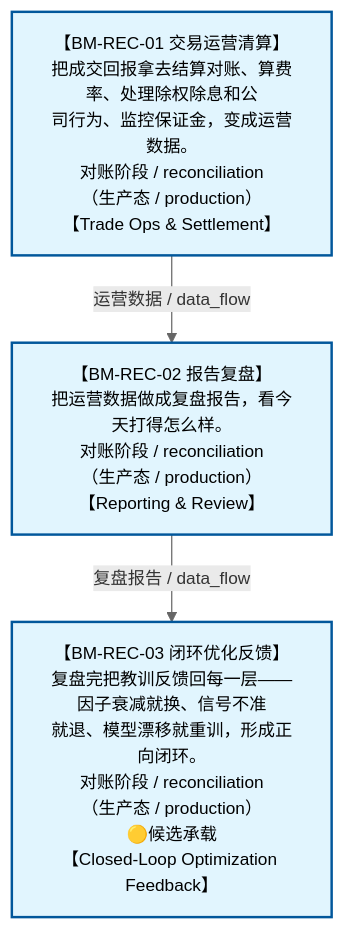
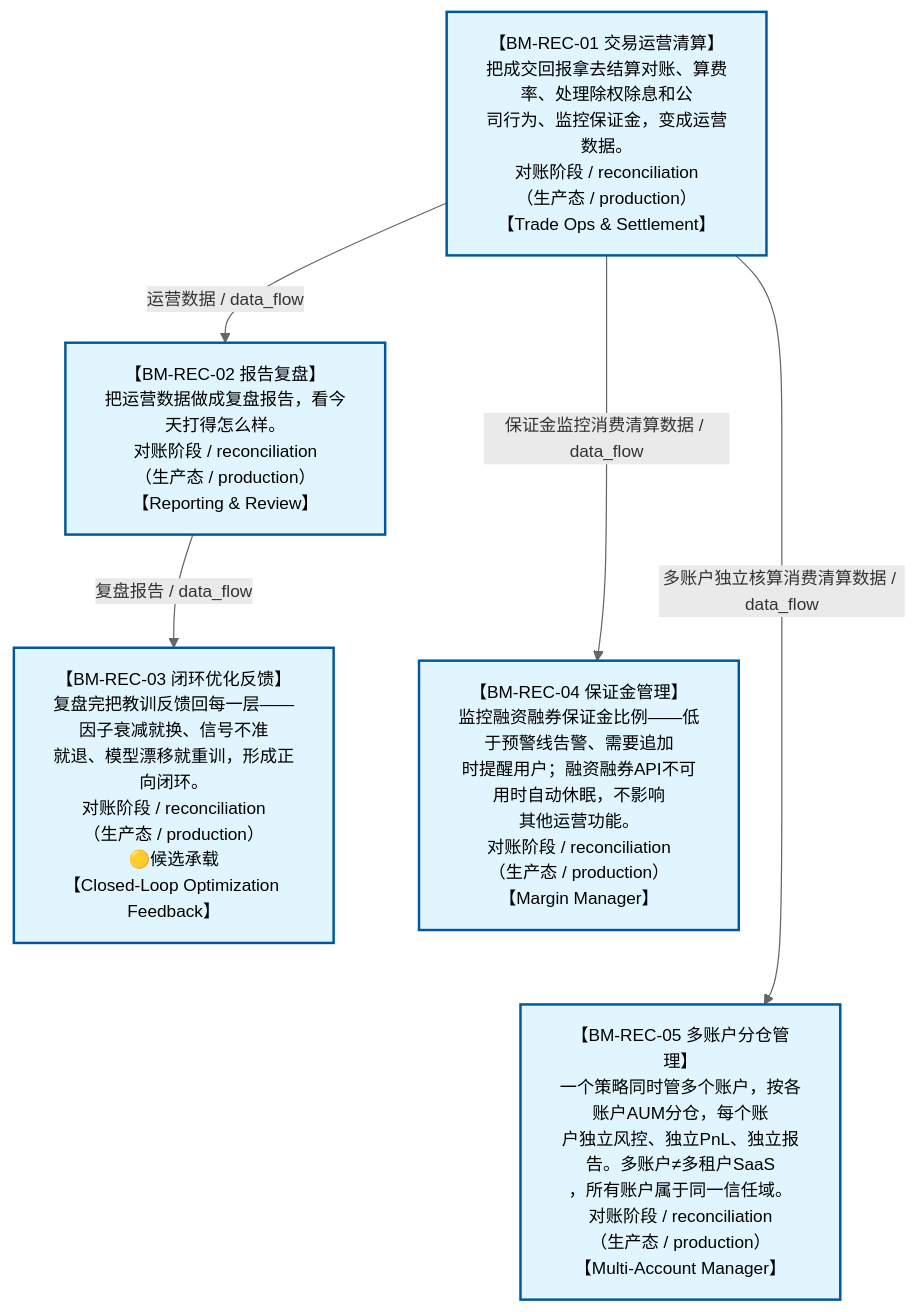
One commit to xuanFelixVan/ZephyrAlpha changed the diagram in docs/02_enterprise_architecture/07_trading_decision_architecture/battle_map/battle_map_06_reconciliation.md. Above: the diagram before and after it, drawn with Mermaid. The commit also changed other lines of this file and 5 other files, not shown here.

````diff
--- a/docs/02_enterprise_architecture/07_trading_decision_architecture/battle_map/battle_map_06_reconciliation.md
+++ b/docs/02_enterprise_architecture/07_trading_decision_architecture/battle_map/battle_map_06_reconciliation.md
@@ -38,16 +38,21 @@
 ```mermaid
 %%{init: {'theme': 'base', 'themeVariables': {'primaryColor': '#eaeaea', 'primaryTextColor': '#333333', 'primaryBorderColor': '#666666', 'lineColor': '#666666', 'secondaryColor': '#eaeaea', 'tertiaryColor': '#eaeaea', 'clusterBkg': 'transparent', 'clusterBorder': 'transparent', 'fontSize': '14px'}}}%%
 %% 对账阶段图
 flowchart TD
     BM_REC_01["【BM-REC-01 交易运营清算】<br/>把成交回报拿去结算对账、算费率、处理除权除息和公<br/>司行为、监控保证金，变成运营数据。<br/>对账阶段 / reconciliation<br/>（生产态 / production）<br/>【Trade Ops &amp; Settlement】"]
     BM_REC_02["【BM-REC-02 报告复盘】<br/>把运营数据做成复盘报告，看今天打得怎么样。<br/>对账阶段 / reconciliation<br/>（生产态 / production）<br/>【Reporting &amp; Review】"]
     BM_REC_03["【BM-REC-03 闭环优化反馈】<br/>复盘完把教训反馈回每一层——因子衰减就换、信号不准<br/>就退、模型漂移就重训，形成正向闭环。<br/>对账阶段 / reconciliation<br/>（生产态 / production）<br/>🟡候选承载<br/>【Closed-Loop Optimization Feedback】"]
+    BM_REC_04["【BM-REC-04 保证金管理】<br/>监控融资融券保证金比例——低于预警线告警、需要追加<br/>时提醒用户；融资融券API不可用时自动休眠，不影响<br/>其他运营功能。<br/>对账阶段 / reconciliation<br/>（生产态 / production）<br/>【Margin Manager】"]
+    BM_REC_05["【BM-REC-05 多账户分仓管理】<br/>一个策略同时管多个账户，按各账户AUM分仓，每个账<br/>户独立风控、独立PnL、独立报告。多账户≠多租户SaaS<br/>，所有账户属于同一信任域。<br/>对账阶段 / reconciliation<br/>（生产态 / production）<br/>【Multi-Account Manager】"]
+    BM_REC_02 ~~~ BM_REC_04 ~~~ BM_REC_05
     BM_REC_01 -->|运营数据 / data_flow| BM_REC_02
     BM_REC_02 -->|复盘报告 / data_flow| BM_REC_03
+    BM_REC_01 -->|保证金监控消费清算数据 / data_flow| BM_REC_04
+    BM_REC_01 -->|多账户独立核算消费清算数据 / data_flow| BM_REC_05
 classDef production fill:#e1f5fe,stroke:#01579b,stroke-width:2px,color:#000
 classDef design fill:#fff3e0,stroke:#e65100,stroke-width:2px,color:#000,stroke-dasharray: 5 5
 classDef deprecated fill:#ffebee,stroke:#c62828,stroke-width:2px,color:#000
 classDef missing fill:#eeeeee,stroke:#9e9e9e,stroke-width:2px,color:#000
 classDef candidate fill:#fffde7,stroke:#f9a825,stroke-width:2px,color:#000,stroke-dasharray: 5 5
-    class BM_REC_01,BM_REC_02,BM_REC_03 production
+    class BM_REC_01,BM_REC_02,BM_REC_03,BM_REC_04,BM_REC_05 production
 ```
````
